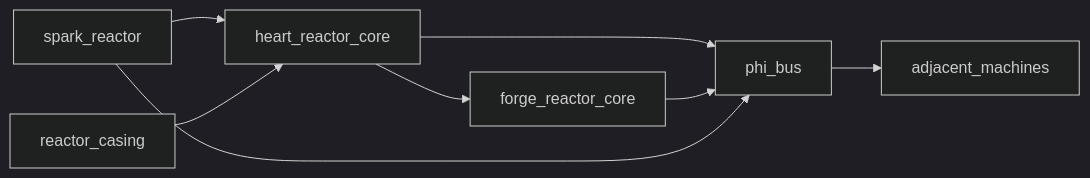
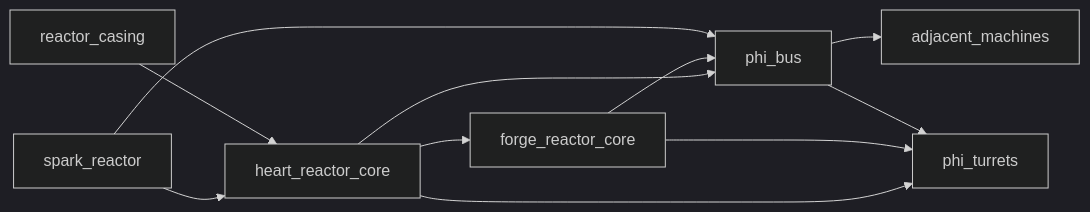
One commit to pozikt/Effecoria-mod changed the diagram in docs/TECHNOMAGIC.md. Above: the diagram before and after it, drawn with Mermaid (dark theme). The commit also changed other lines of this file and 150 other files, not shown here.

````diff
--- a/docs/TECHNOMAGIC.md
+++ b/docs/TECHNOMAGIC.md
@@ -58,10 +74,13 @@
 ```mermaid
 flowchart LR
   spark[spark_reactor] --> heart[heart_reactor_core]
   casing[reactor_casing] --> heart
   heart --> forge[forge_reactor_core]
   heart --> bus[phi_bus]
   forge --> bus
   spark --> bus
   bus --> machines[adjacent_machines]
+  heart --> turrets[phi_turrets]
+  forge --> turrets
+  bus --> turrets
 ```
````
